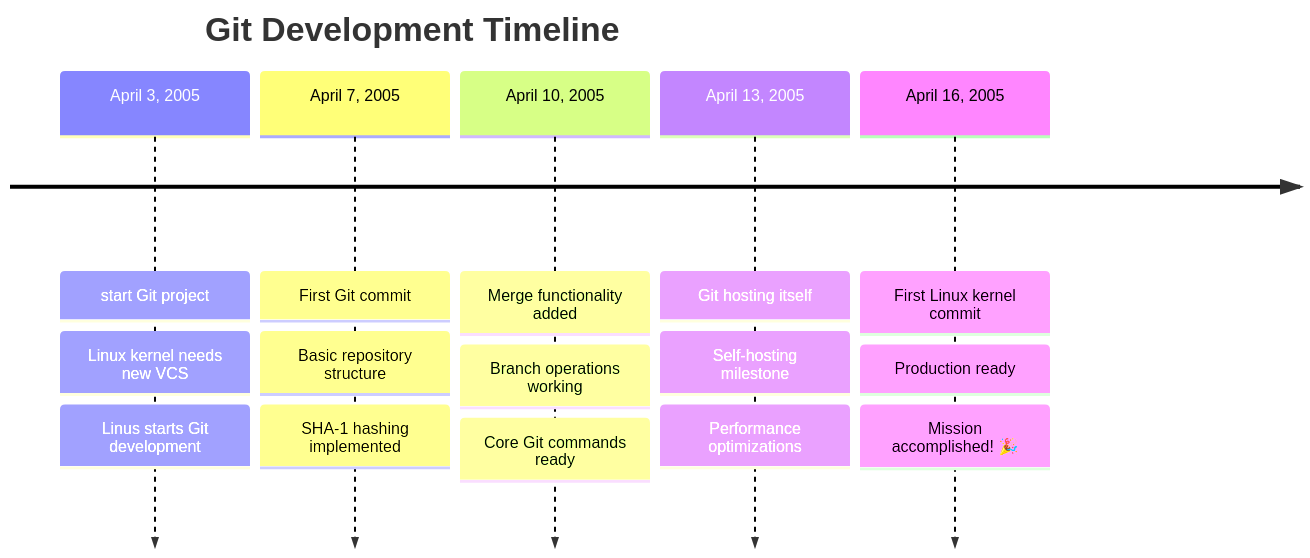
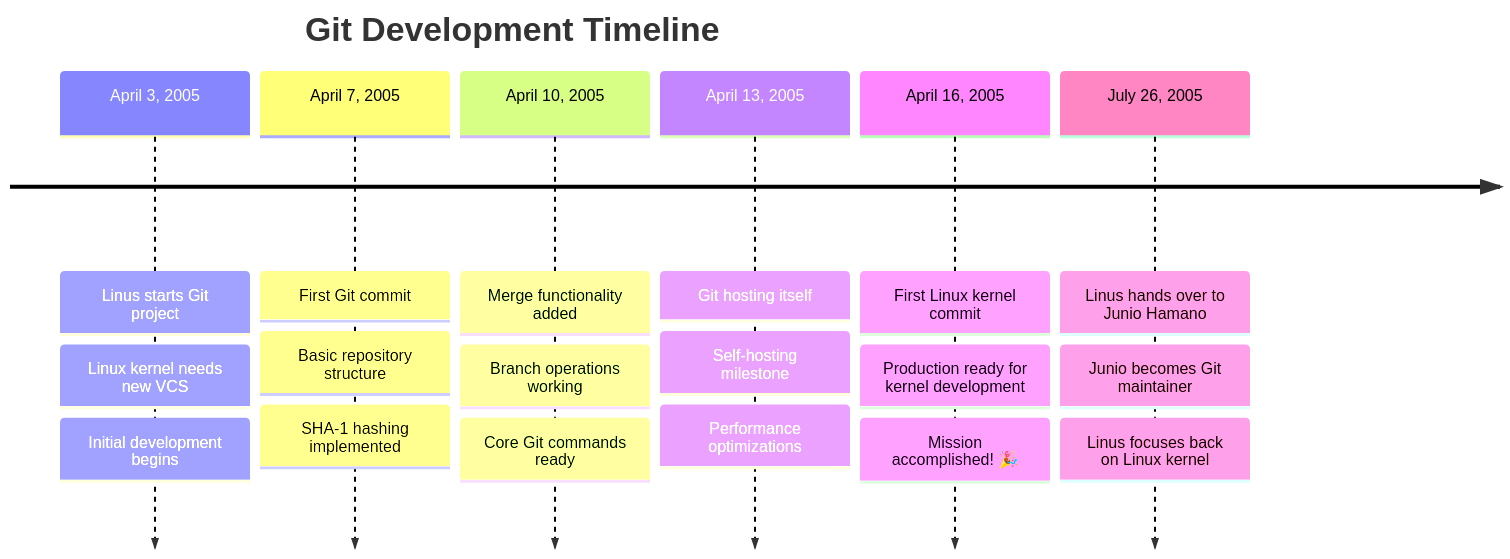
The first of 5 diagrams in slidev/slides.md (AnuchitO/course-git), drawn with Mermaid before and after one commit. The commit also changed other lines of this file, not shown here.

````diff
--- a/slidev/slides.md
+++ b/slidev/slides.md
@@ -196,24 +272,28 @@
 ```mermaid
 timeline
     title Git Development Timeline
 
-    April 3, 2005  : start Git project
+    April 3, 2005  : Linus starts Git project
                    : Linux kernel needs new VCS
-                   : Linus starts Git development
+                   : Initial development begins
 
     April 7, 2005  : First Git commit
                    : Basic repository structure
                    : SHA-1 hashing implemented
 
     April 10, 2005 : Merge functionality added
                    : Branch operations working
                    : Core Git commands ready
 
     April 13, 2005 : Git hosting itself
                    : Self-hosting milestone
                    : Performance optimizations
 
     April 16, 2005 : First Linux kernel commit
-                   : Production ready
+                   : Production ready for kernel development
                    : Mission accomplished! 🎉
+
+    July 26, 2005  : Linus hands over to Junio Hamano
+                   : Junio becomes Git maintainer
+                   : Linus focuses back on Linux kernel
 ```
````
